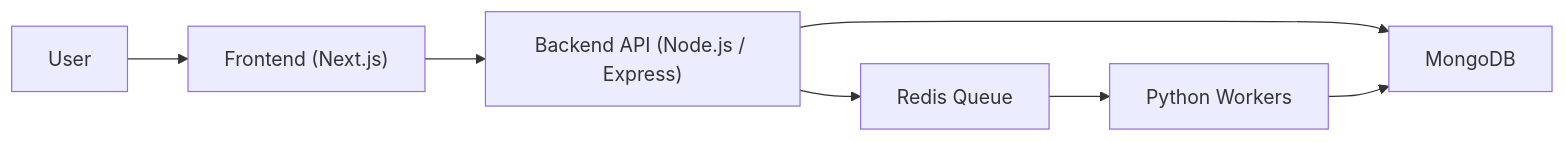
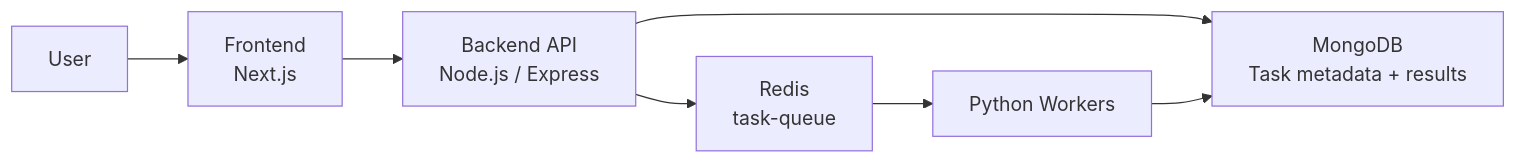
One commit to piyushsachdv/taskforge changed the first of 2 diagrams in README.md. Above: the diagram before and after it, drawn with Mermaid. The commit also changed other lines of this file and 1 other file, not shown here.

````diff
--- a/README.md
+++ b/README.md
@@ -9,9 +17,9 @@
 ```mermaid
 flowchart LR
-    U["User"] --> F["Frontend (Next.js)"]
-    F --> B["Backend API (Node.js / Express)"]
-    B --> M["MongoDB"]
-    B --> R["Redis Queue"]
+    U["User"] --> F["Frontend<br/>Next.js"]
+    F --> B["Backend API<br/>Node.js / Express"]
+    B --> M["MongoDB<br/>Task metadata + results"]
+    B --> R["Redis<br/>task-queue"]
     R --> W["Python Workers"]
     W --> M
 ```
````
